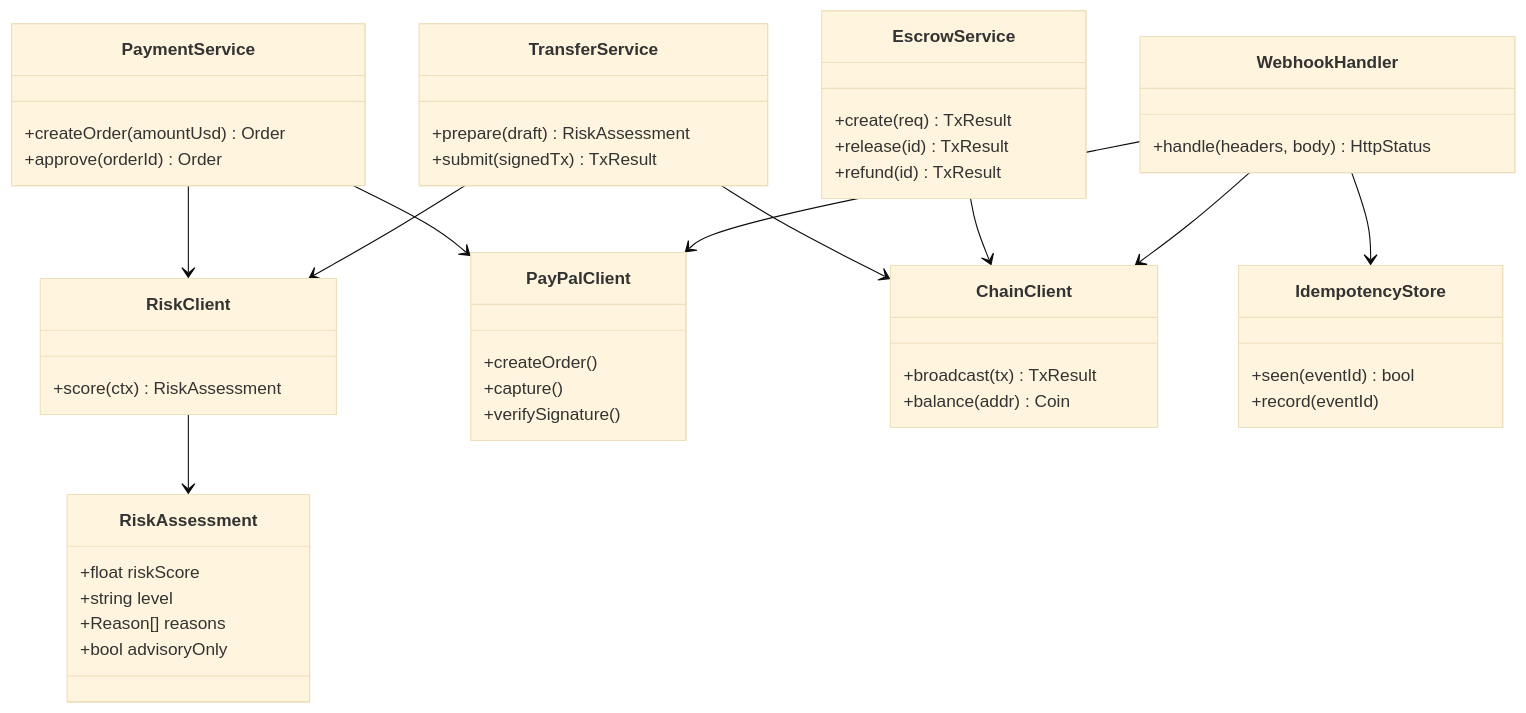
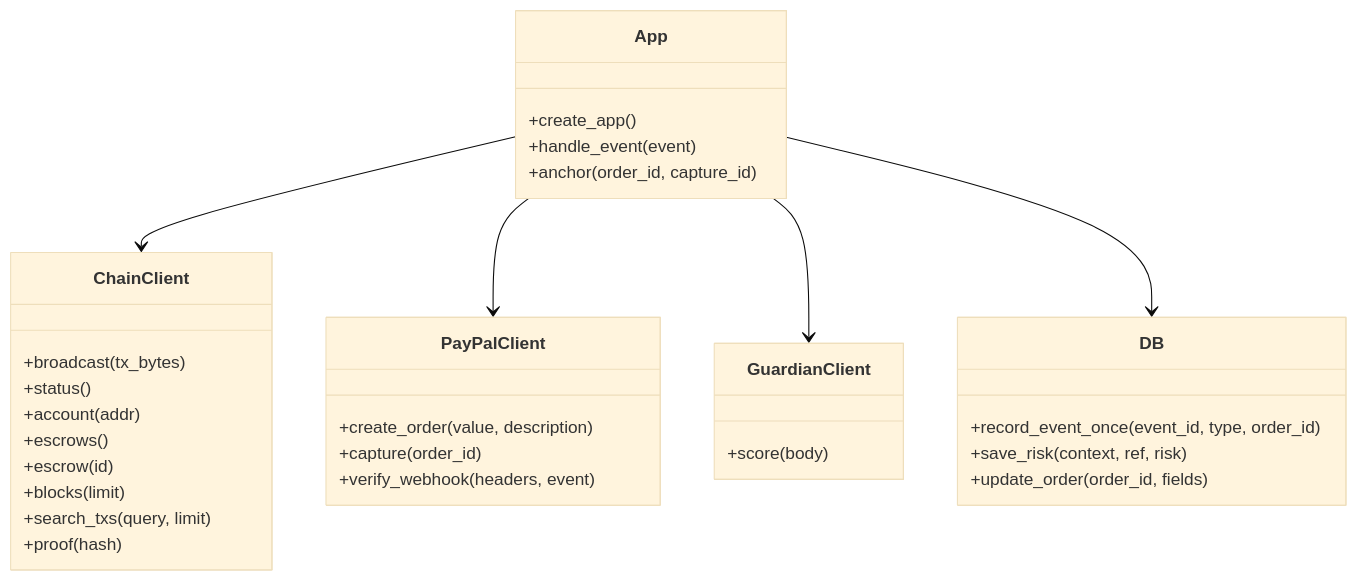
Before and after one commit to joeylukoji/Aurix: the ninth of 11 diagrams in docs/architecture/diagrams.md, drawn with Mermaid (base theme). The commit also changed other lines of this file and 7 other files, not shown here.

Commit message:
docs: as-built architecture, sprint status, Devpost description and demo script

````diff
--- a/docs/architecture/diagrams.md
+++ b/docs/architecture/diagrams.md
@@ -164,50 +168,35 @@
 ```mermaid
 classDiagram
-    class PaymentService {
-        +createOrder(amountUsd) Order
-        +approve(orderId) Order
+    class App {
+        +create_app()
+        +handle_event(event)
+        +anchor(order_id, capture_id)
     }
-    class WebhookHandler {
-        +handle(headers, body) HttpStatus
-    }
-    class TransferService {
-        +prepare(draft) RiskAssessment
-        +submit(signedTx) TxResult
-    }
-    class EscrowService {
-        +create(req) TxResult
-        +release(id) TxResult
-        +refund(id) TxResult
-    }
-    class RiskClient {
-        +score(ctx) RiskAssessment
+    class ChainClient {
+        +broadcast(tx_bytes)
+        +status()
+        +account(addr)
+        +escrows()
+        +escrow(id)
+        +blocks(limit)
+        +search_txs(query, limit)
+        +proof(hash)
     }
     class PayPalClient {
-        +createOrder()
-        +capture()
-        +verifySignature()
+        +create_order(value, description)
+        +capture(order_id)
+        +verify_webhook(headers, event)
     }
-    class ChainClient {
-        +broadcast(tx) TxResult
-        +balance(addr) Coin
+    class GuardianClient {
+        +score(body)
     }
-    class IdempotencyStore {
-        +seen(eventId) bool
-        +record(eventId)
+    class DB {
+        +record_event_once(event_id, type, order_id)
+        +save_risk(context, ref, risk)
+        +update_order(order_id, fields)
     }
-    class RiskAssessment {
-        +float riskScore
-        +string level
-        +Reason[] reasons
-        +bool advisoryOnly
-    }
-    PaymentService --> PayPalClient
-    PaymentService --> RiskClient
-    TransferService --> RiskClient
-    TransferService --> ChainClient
-    EscrowService --> ChainClient
-    WebhookHandler --> PayPalClient
-    WebhookHandler --> IdempotencyStore
-    WebhookHandler --> ChainClient
-    RiskClient --> RiskAssessment
+    App --> ChainClient
+    App --> PayPalClient
+    App --> GuardianClient
+    App --> DB
 ```
````
